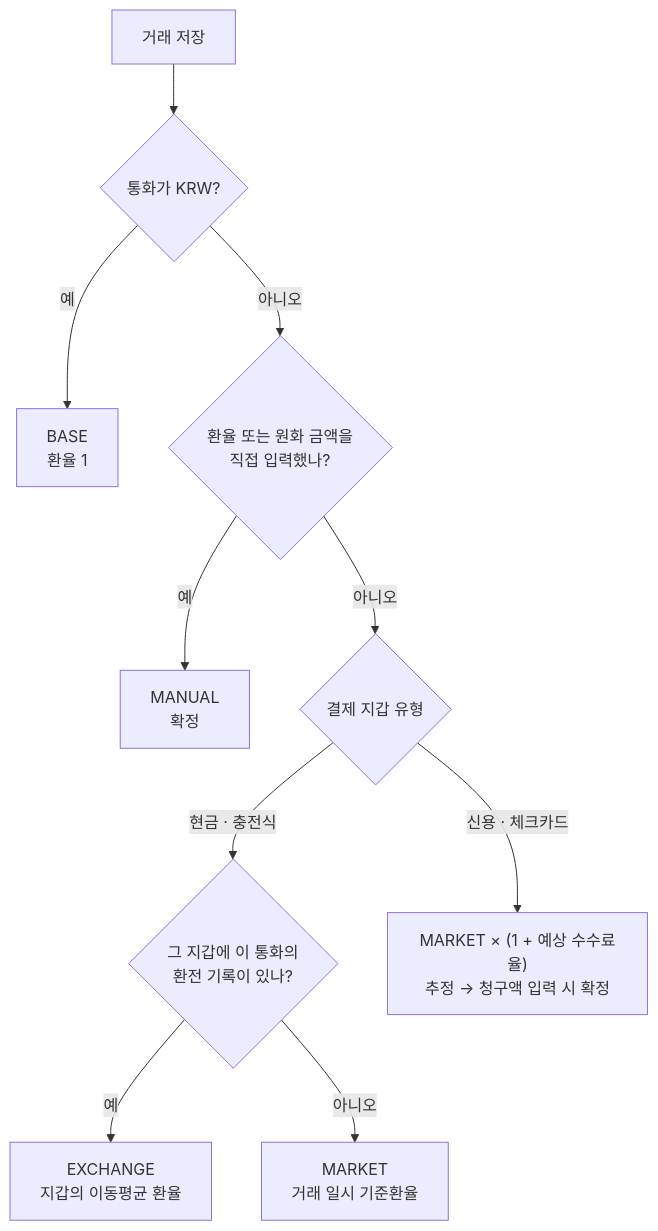
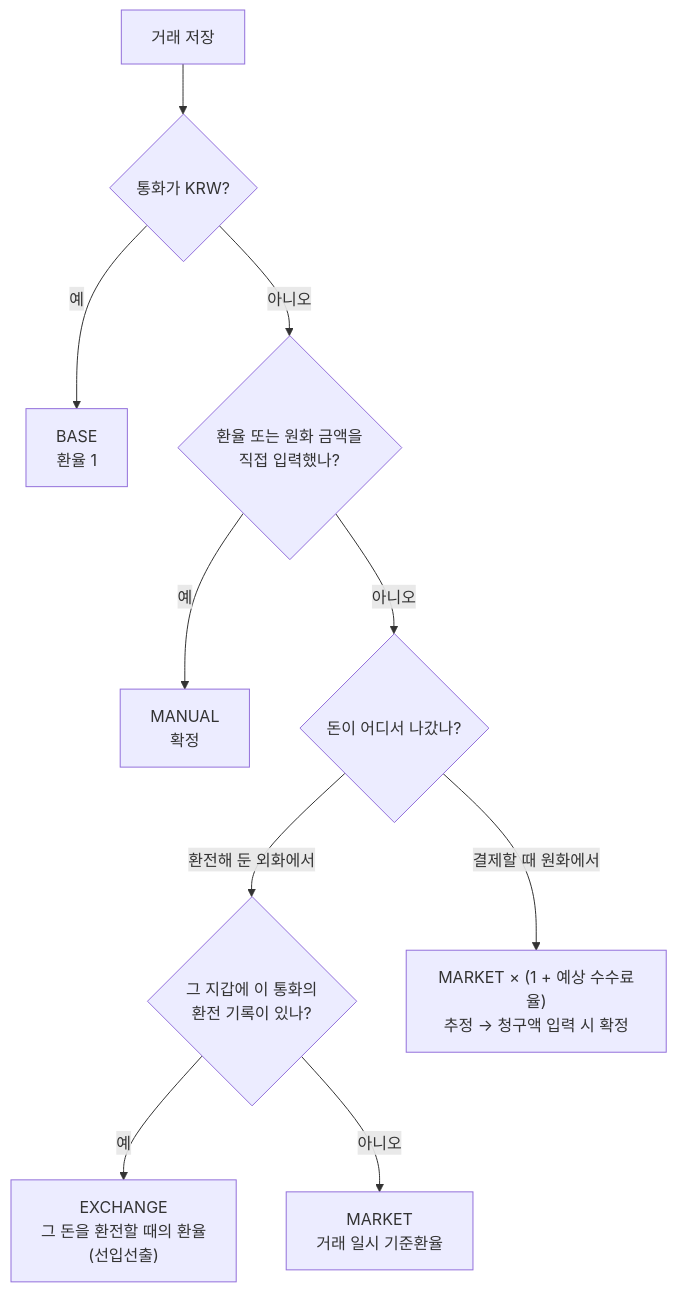
The diagram in docs/02-implementation-variables.md (Xeoyeon/tradger), drawn with Mermaid before and after one commit. The commit also changed other lines of this file and 2 other files, not shown here.

````diff
--- a/docs/02-implementation-variables.md
+++ b/docs/02-implementation-variables.md
@@ -138,12 +138,12 @@
 ```mermaid
 flowchart TD
   S["거래 저장"] --> K{"통화가 KRW?"}
   K -- "예" --> B["BASE<br/>환율 1"]
   K -- "아니오" --> M{"환율 또는 원화 금액을<br/>직접 입력했나?"}
   M -- "예" --> MA["MANUAL<br/>확정"]
-  M -- "아니오" --> W{"결제 지갑 유형"}
-  W -- "현금 · 충전식" --> E{"그 지갑에 이 통화의<br/>환전 기록이 있나?"}
-  E -- "예" --> EX["EXCHANGE<br/>지갑의 이동평균 환율"]
+  M -- "아니오" --> W{"돈이 어디서 나갔나?"}
+  W -- "환전해 둔 외화에서" --> E{"그 지갑에 이 통화의<br/>환전 기록이 있나?"}
+  E -- "예" --> EX["EXCHANGE<br/>그 돈을 환전할 때의 환율<br/>(선입선출)"]
   E -- "아니오" --> MK["MARKET<br/>거래 일시 기준환율"]
-  W -- "신용 · 체크카드" --> MC["MARKET × (1 + 예상 수수료율)<br/>추정 → 청구액 입력 시 확정"]
+  W -- "결제할 때 원화에서" --> MC["MARKET × (1 + 예상 수수료율)<br/>추정 → 청구액 입력 시 확정"]
 ```
````
